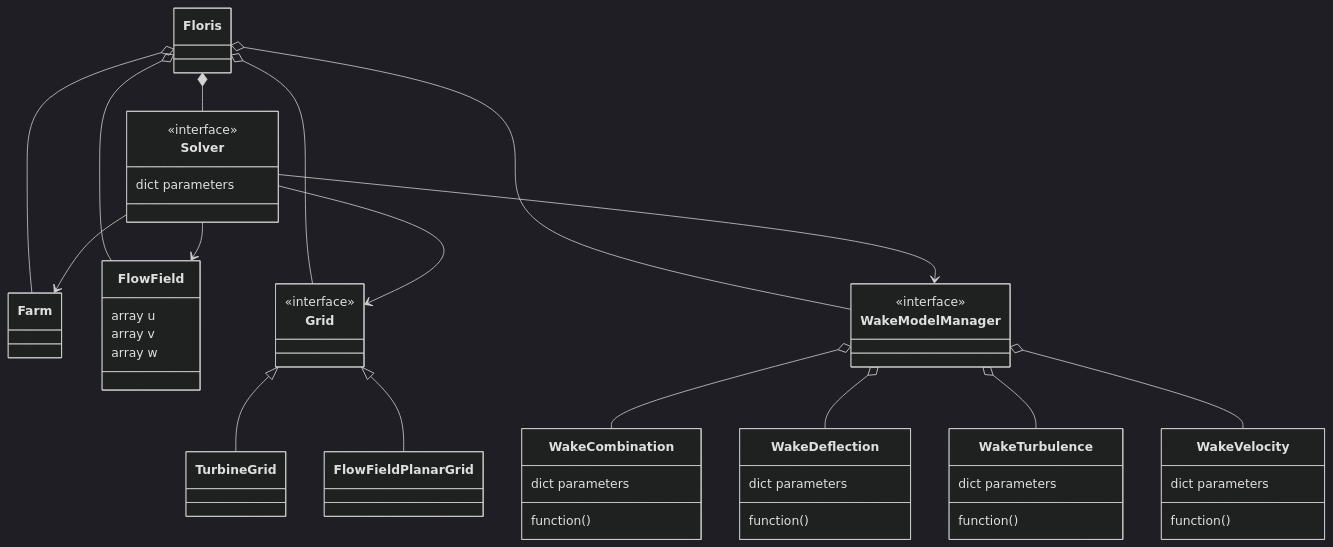
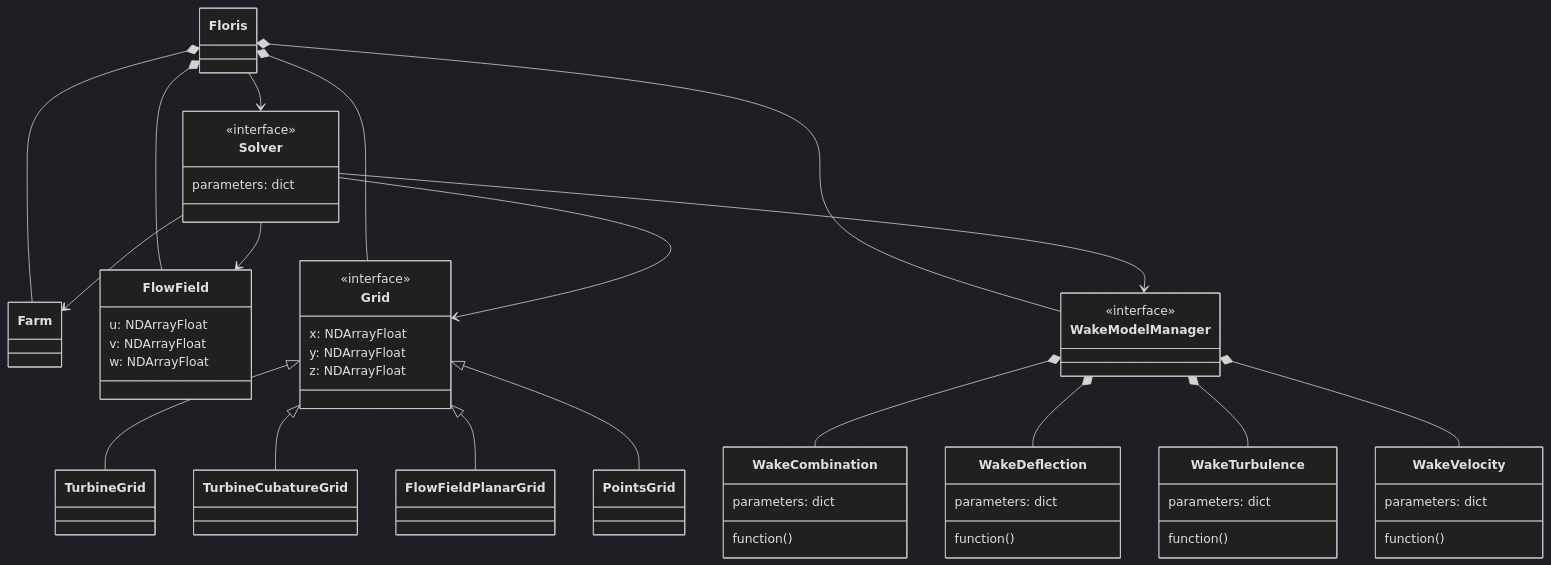
The second of 2 diagrams in docs/architecture.md (NREL/floris), drawn with Mermaid (dark theme) before and after one commit. The commit also changed other lines of this file, not shown here.

Commit message:
Update the architecture diagrams
Some details were out of date

````diff
--- a/docs/architecture.md
+++ b/docs/architecture.md
@@ -70,62 +69,69 @@
 ```{mermaid}
 classDiagram
 
     class Floris
 
     class Farm
 
     class FlowField {
-        array u
-        array v
-        array w
+        u: NDArrayFloat
+        v: NDArrayFloat
+        w: NDArrayFloat
     }
 
     class Grid {
         <<interface>>
+        x: NDArrayFloat
+        y: NDArrayFloat
+        z: NDArrayFloat
     }
     class TurbineGrid
+    class TurbineCubatureGrid
     class FlowFieldPlanarGrid
+    class PointsGrid
 
     class WakeModelManager {
         <<interface>>
     }
     class WakeCombination {
-        dict parameters
+        parameters: dict
         function()
     }
     class WakeDeflection {
-        dict parameters
+        parameters: dict
         function()
     }
     class WakeTurbulence {
-        dict parameters
+        parameters: dict
         function()
     }
     class WakeVelocity {
-        dict parameters
+        parameters: dict
         function()
     }
 
     class Solver {
         <<interface>>
-        dict parameters
+        parameters: dict
     }
 
-    Floris o-- Farm
-    Floris o-- FlowField
-    Floris o-- Grid
-    Floris o-- WakeModelManager
-    Floris *-- Solver
-    WakeModelManager o-- WakeCombination
-    WakeModelManager o-- WakeDeflection
-    WakeModelManager o-- WakeTurbulence
-    WakeModelManager o-- WakeVelocity
+    Floris *-- Farm
+    Floris *-- FlowField
+    Floris *-- Grid
+    Floris *-- WakeModelManager
+    Floris --> Solver
+    WakeModelManager *-- WakeCombination
+    WakeModelManager *-- WakeDeflection
+    WakeModelManager *-- WakeTurbulence
+    WakeModelManager *-- WakeVelocity
 
     Grid <|-- TurbineGrid
+    Grid <|-- TurbineCubatureGrid
     Grid <|-- FlowFieldPlanarGrid
+    Grid <|-- PointsGrid
 
     Solver --> Farm
     Solver --> FlowField
     Solver --> Grid
     Solver --> WakeModelManager
 ```
````
